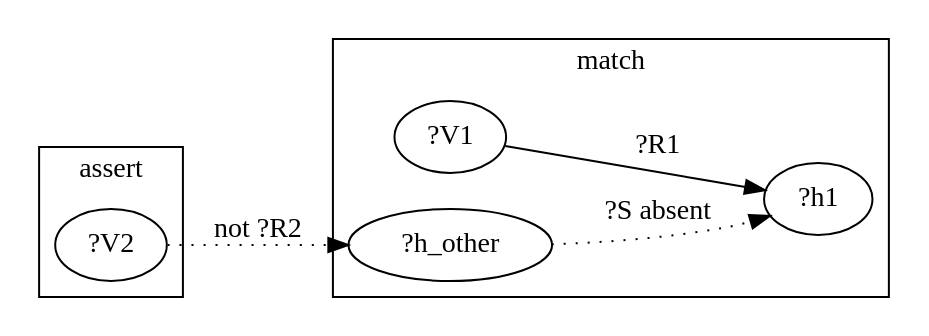
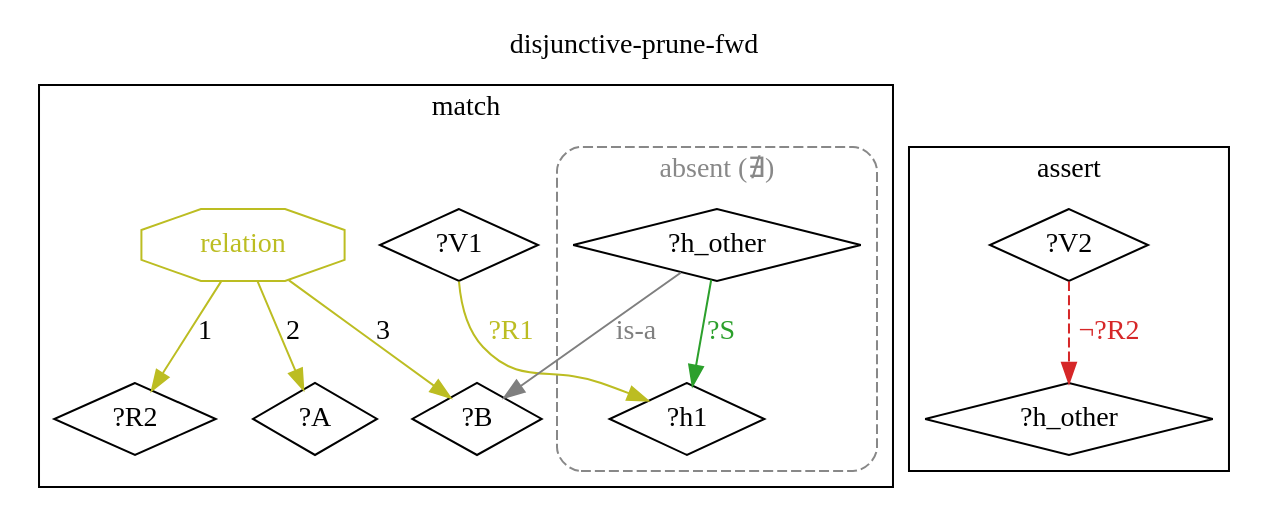
Before and after one commit to agutikov/ein: the sixth of 6 diagrams in docs/ein/user/02-guide/03-rule-families.md, drawn with Graphviz. The commit also changed other lines of this file and 8 other files, not shown here.

````diff
--- a/docs/ein/user/02-guide/03-rule-families.md
+++ b/docs/ein/user/02-guide/03-rule-families.md
@@ -176,9 +223,29 @@
 ```dot
-digraph { rankdir=LR;
-  subgraph cluster_m { label="match";
-    "?V1" -> "?h1" [label="?R1"];
-    "?h_other" -> "?h1" [label="?S absent", style=dotted]; }
-  subgraph cluster_a { label="assert";
-    "?V2" -> "?h_other" [label="not ?R2", style=dotted]; }
+digraph rule_disjunctive_prune_fwd_lhs_rhs {
+  rankdir=TB;
+  label="disjunctive-prune-fwd"; labelloc=t;
+  subgraph cluster_lhs { label="match";
+    "?V1_L" [label="?V1", shape=diamond];
+    "?h1_L" [label="?h1", shape=diamond];
+    "?R2_L" [label="?R2", shape=diamond];
+    "?A_L" [label="?A", shape=diamond];
+    "?B_L" [label="?B", shape=diamond];
+    "?h_other_L" [label="?h_other", shape=diamond];
+    "?V1_L" -> "?h1_L" [label="?R1", color="#bcbd22", fontcolor="#bcbd22"];
+    "h1_relation_L" [shape=octagon, label="relation", color="#bcbd22", fontcolor="#bcbd22"];
+    "h1_relation_L" -> "?R2_L" [label="1", color="#bcbd22"];
+    "h1_relation_L" -> "?A_L" [label="2", color="#bcbd22"];
+    "h1_relation_L" -> "?B_L" [label="3", color="#bcbd22"];
+    "?h_other_L" -> "?B_L" [label="is-a", color="#7f7f7f", fontcolor="#7f7f7f"];
+    subgraph cluster_absent_L_0 {
+      label="absent (∄)"; style="dashed,rounded"; color="#888888"; fontcolor="#888888";
+      "?h_other_L" -> "?h1_L" [label="?S", color="#2ca02c", fontcolor="#2ca02c"];
+    }
+  }
+  subgraph cluster_rhs { label="assert";
+    "?V2_R" [label="?V2", shape=diamond];
+    "?h_other_R" [label="?h_other", shape=diamond];
+    "?V2_R" -> "?h_other_R" [label="¬?R2", color="#d62728", fontcolor="#d62728", style=dashed];
+  }
 }
 ```
````
